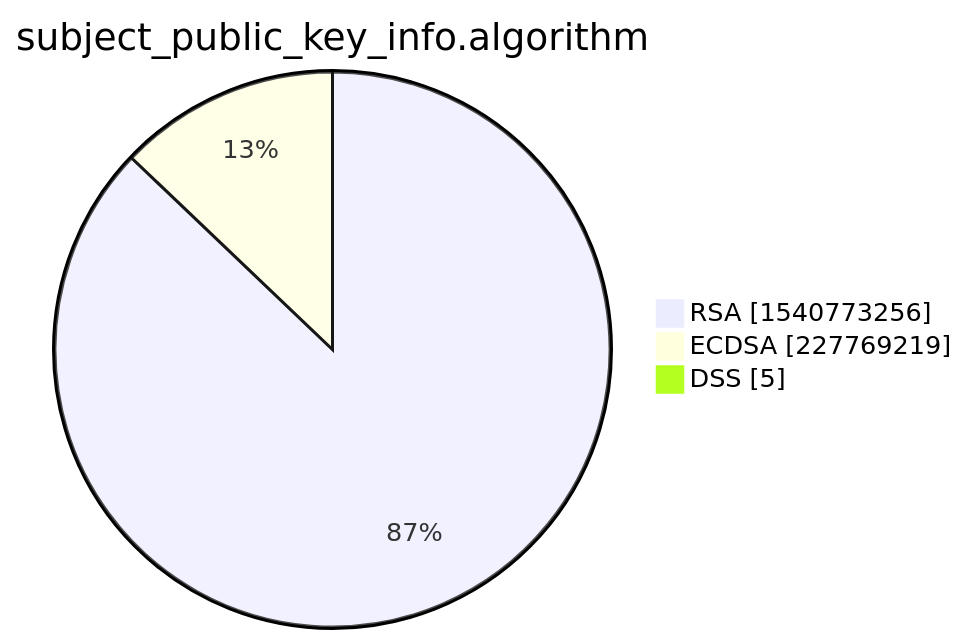
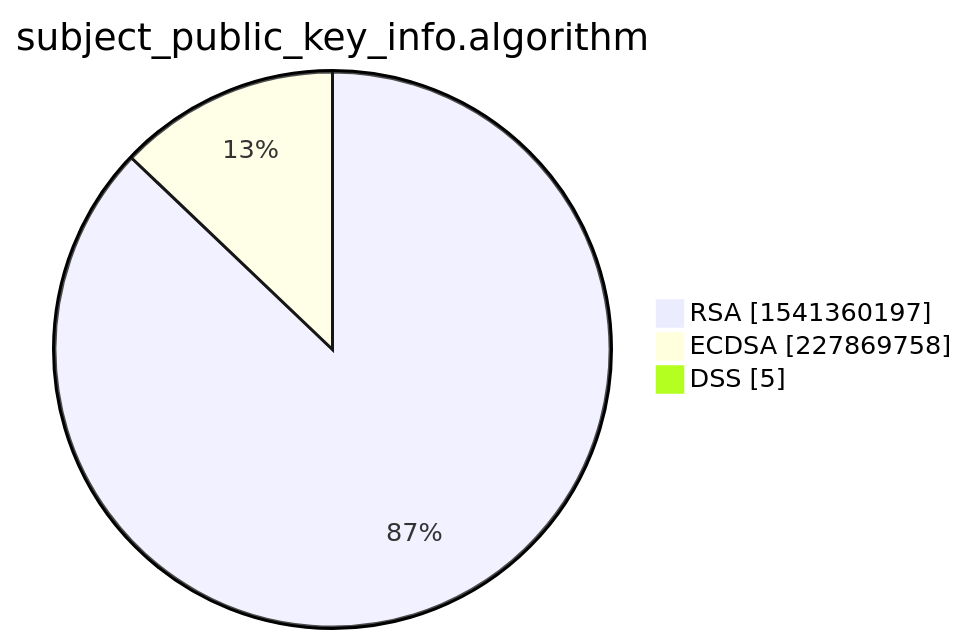
One commit to christiankrug/ctmonitor_visualization changed the third of 15 diagrams in xenon2022/README.md. Above: the diagram before and after it, drawn with Mermaid. The commit also changed other lines of this file, not shown here.

````diff
--- a/xenon2022/README.md
+++ b/xenon2022/README.md
@@ -14,7 +14,7 @@
 ```mermaid
 pie showData
 title subject_public_key_info.algorithm
-"RSA" :1540773256
-"ECDSA" :227769219
+"RSA" :1541360197
+"ECDSA" :227869758
 "DSS" :5
 ```
````
